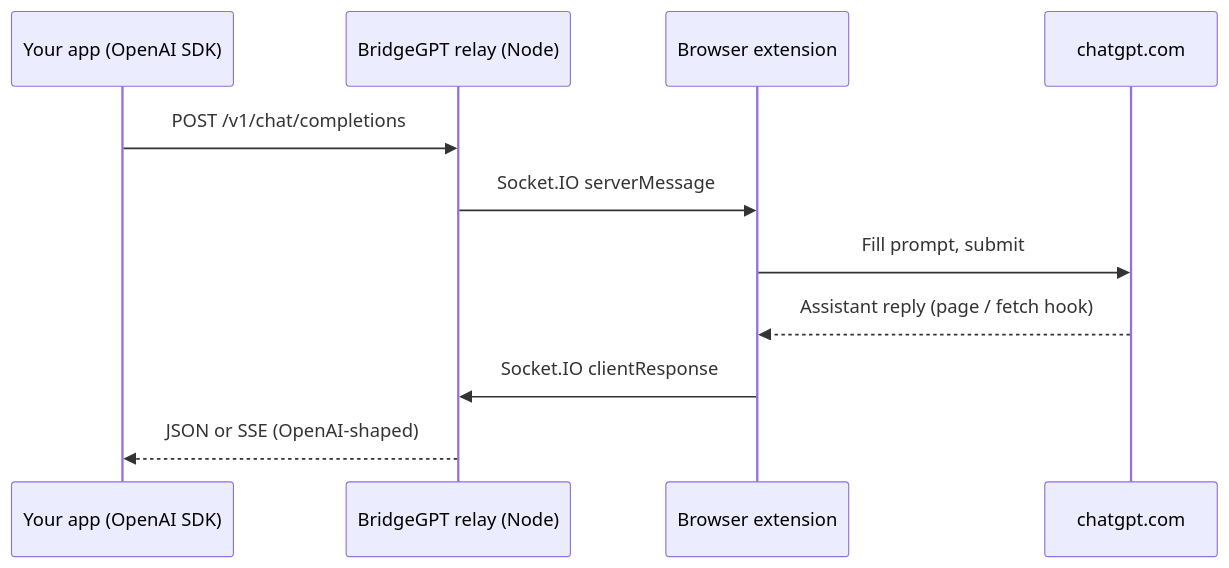
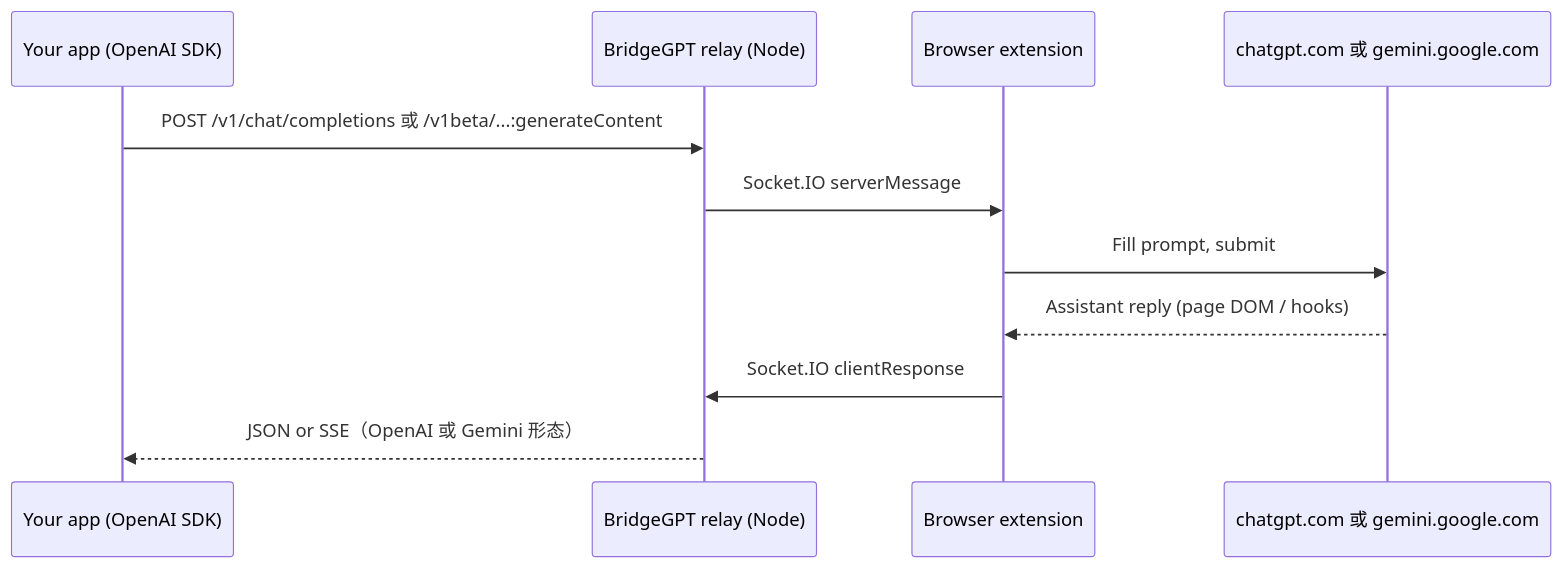
Before and after one commit to ocmuuu/BridgeGPT: the diagram in README.zh-CN.md, drawn with Mermaid. The commit also changed other lines of this file and 2 other files, not shown here.

````diff
--- a/README.zh-CN.md
+++ b/README.zh-CN.md
@@ -43,14 +44,14 @@
 ```mermaid
 sequenceDiagram
   participant App as Your app (OpenAI SDK)
   participant Relay as BridgeGPT relay (Node)
   participant Ext as Browser extension
-  participant Web as chatgpt.com
+  participant Web as chatgpt.com 或 gemini.google.com
 
-  App->>Relay: POST /v1/chat/completions
+  App->>Relay: POST /v1/chat/completions 或 /v1beta/...:generateContent
   Relay->>Ext: Socket.IO serverMessage
   Ext->>Web: Fill prompt, submit
-  Web-->>Ext: Assistant reply (page / fetch hook)
+  Web-->>Ext: Assistant reply (page DOM / hooks)
   Ext->>Relay: Socket.IO clientResponse
-  Relay-->>App: JSON or SSE (OpenAI-shaped)
+  Relay-->>App: JSON or SSE（OpenAI 或 Gemini 形态）
 ```
````
